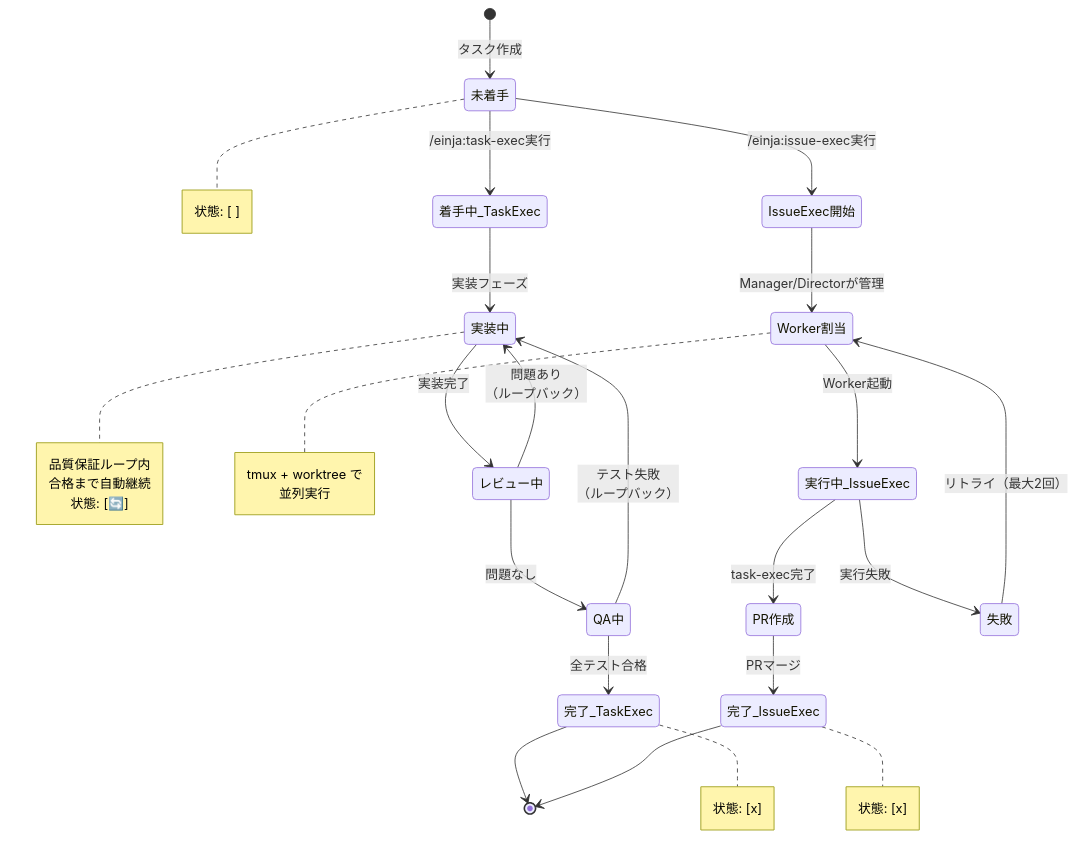
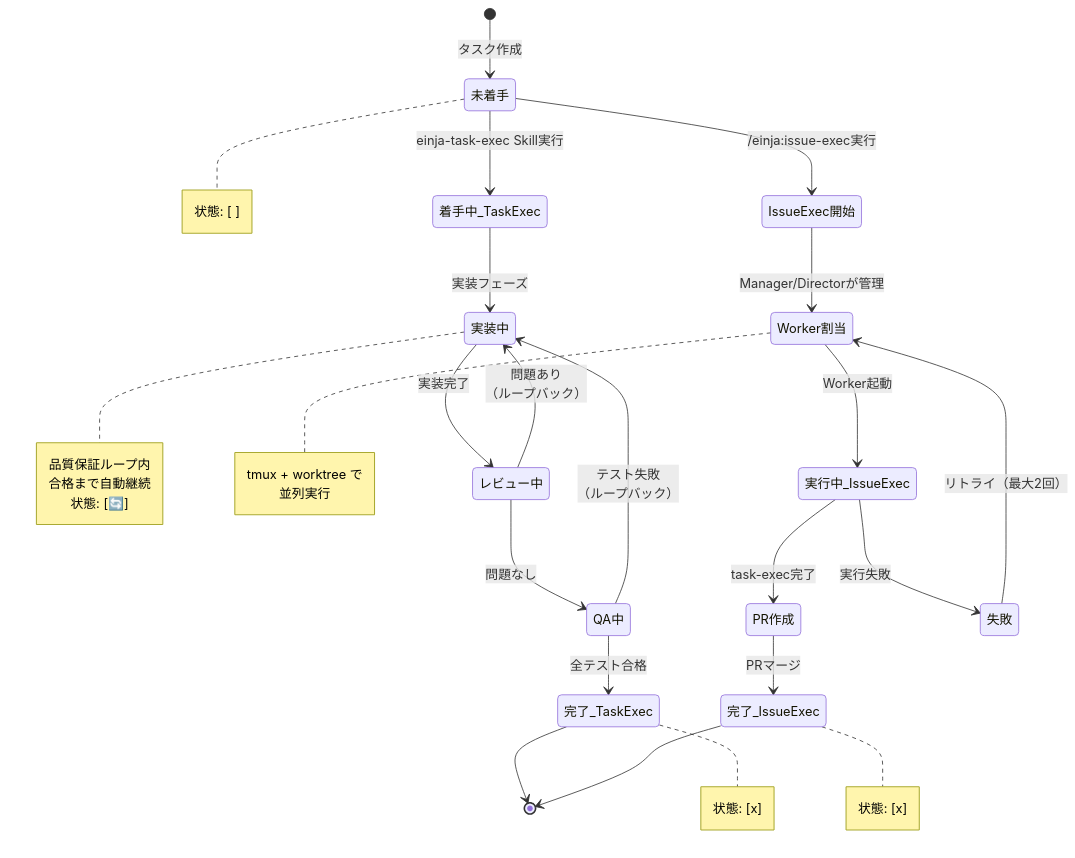
The fourth of 6 diagrams in docs/einja/instructions/task-execute.md (einja-inc/einja-management-template), drawn with Mermaid before and after one commit. The commit also changed other lines of this file and 16 other files, not shown here.

````diff
--- a/docs/einja/instructions/task-execute.md
+++ b/docs/einja/instructions/task-execute.md
@@ -450,48 +450,48 @@
 ```mermaid
 stateDiagram-v2
     [*] --> 未着手: タスク作成
 
-    未着手 --> 着手中_TaskExec: /einja:task-exec実行
+    未着手 --> 着手中_TaskExec: einja-task-exec Skill実行
     未着手 --> IssueExec開始: /einja:issue-exec実行
 
     着手中_TaskExec --> 実装中: 実装フェーズ
     実装中 --> レビュー中: 実装完了
     レビュー中 --> 実装中: 問題あり<br/>（ループバック）
     レビュー中 --> QA中: 問題なし
     QA中 --> 実装中: テスト失敗<br/>（ループバック）
     QA中 --> 完了_TaskExec: 全テスト合格
 
     IssueExec開始 --> Worker割当: Manager/Directorが管理
     Worker割当 --> 実行中_IssueExec: Worker起動
     実行中_IssueExec --> PR作成: task-exec完了
     PR作成 --> 完了_IssueExec: PRマージ
 
     実行中_IssueExec --> 失敗: 実行失敗
     失敗 --> Worker割当: リトライ（最大2回）
 
     完了_TaskExec --> [*]
     完了_IssueExec --> [*]
 
     note right of 未着手
         状態: [ ]
     end note
 
     note right of 実装中
         品質保証ループ内
         合格まで自動継続
         状態: [🔄]
     end note
 
     note right of Worker割当
         tmux + worktree で
         並列実行
     end note
 
     note right of 完了_TaskExec
         状態: [x]
     end note
 
     note right of 完了_IssueExec
         状態: [x]
     end note
 ```
````
